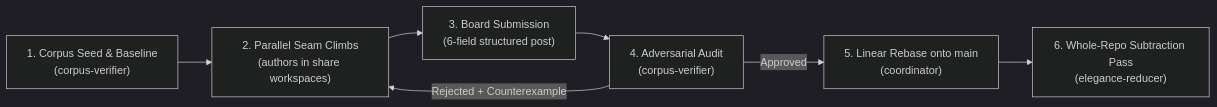
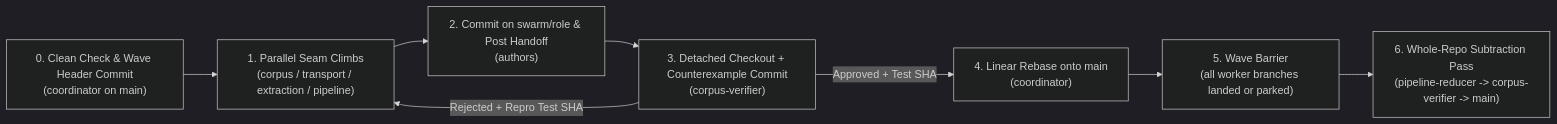
The diagram in docs/02-swarm-hillclimb-protocol.md (MeSH-Inc/pleb), drawn with Mermaid (dark theme) before and after one commit. The commit also changed other lines of this file, not shown here.

Commit message:
Synthesize multi-angle audit into swarm convergence protocol

````diff
--- a/docs/02-swarm-hillclimb-protocol.md
+++ b/docs/02-swarm-hillclimb-protocol.md
@@ -128,9 +142,10 @@
 ```mermaid
 flowchart LR
-    S1["1. Corpus Seed & Baseline<br/>(corpus-verifier)"] --> S2["2. Parallel Seam Climbs<br/>(authors in share workspaces)"]
-    S2 --> S3["3. Board Submission<br/>(6-field structured post)"]
-    S3 --> S4["4. Adversarial Audit<br/>(corpus-verifier)"]
-    S4 -->|Approved| S5["5. Linear Rebase onto main<br/>(coordinator)"]
-    S4 -->|Rejected + Counterexample| S2
-    S5 --> S6["6. Whole-Repo Subtraction Pass<br/>(elegance-reducer)"]
+    H["0. Clean Check & Wave Header Commit<br/>(coordinator on main)"] --> P["1. Parallel Seam Climbs<br/>(corpus / transport / extraction / pipeline)"]
+    P --> B["2. Commit on swarm/role & Post Handoff<br/>(authors)"]
+    B --> V["3. Detached Checkout + Counterexample Commit<br/>(corpus-verifier)"]
+    V -->|Approved + Test SHA| M["4. Linear Rebase onto main<br/>(coordinator)"]
+    V -->|Rejected + Repro Test SHA| P
+    M --> W["5. Wave Barrier<br/>(all worker branches landed or parked)"]
+    W --> S["6. Whole-Repo Subtraction Pass<br/>(pipeline-reducer -> corpus-verifier -> main)"]
 ```
````
